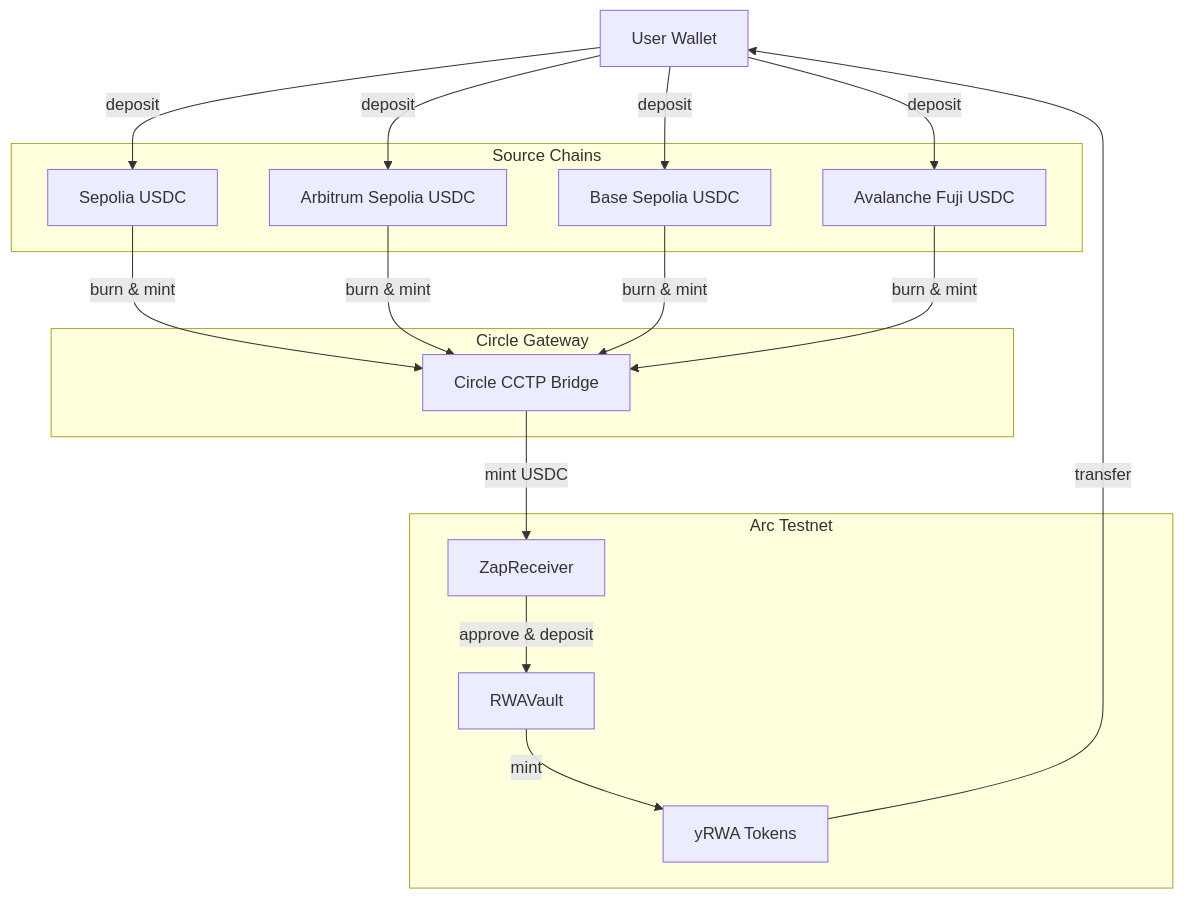
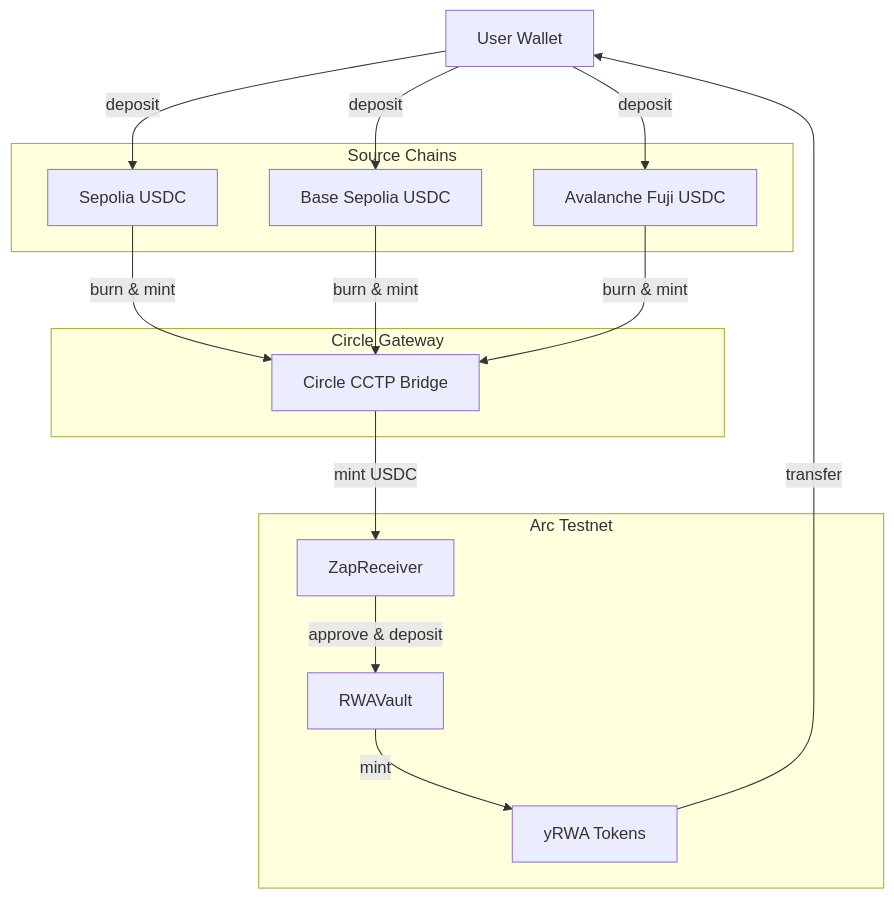
One commit to asilbek-0311/arc-omnichan-yield changed the first of 4 diagrams in README.md. Above: the diagram before and after it, drawn with Mermaid. The commit also changed other lines of this file and 22 other files, not shown here.

Commit message:
Fix gateway transfer schema and zap flow

````diff
--- a/README.md
+++ b/README.md
@@ -49,36 +49,33 @@
 ```mermaid
 graph TB
     User[User Wallet]
 
     subgraph "Source Chains"
         Sepolia[Sepolia USDC]
-        Arbitrum[Arbitrum Sepolia USDC]
         Base[Base Sepolia USDC]
         Fuji[Avalanche Fuji USDC]
     end
 
     subgraph "Circle Gateway"
         GW[Circle CCTP Bridge]
     end
 
     subgraph "Arc Testnet"
         ZR[ZapReceiver]
         Vault[RWAVault]
         yRWA[yRWA Tokens]
     end
 
     User -->|deposit| Sepolia
-    User -->|deposit| Arbitrum
     User -->|deposit| Base
     User -->|deposit| Fuji
 
     Sepolia -->|burn & mint| GW
-    Arbitrum -->|burn & mint| GW
     Base -->|burn & mint| GW
     Fuji -->|burn & mint| GW
 
     GW -->|mint USDC| ZR
     ZR -->|approve & deposit| Vault
     Vault -->|mint| yRWA
     yRWA -->|transfer| User
 ```
````
